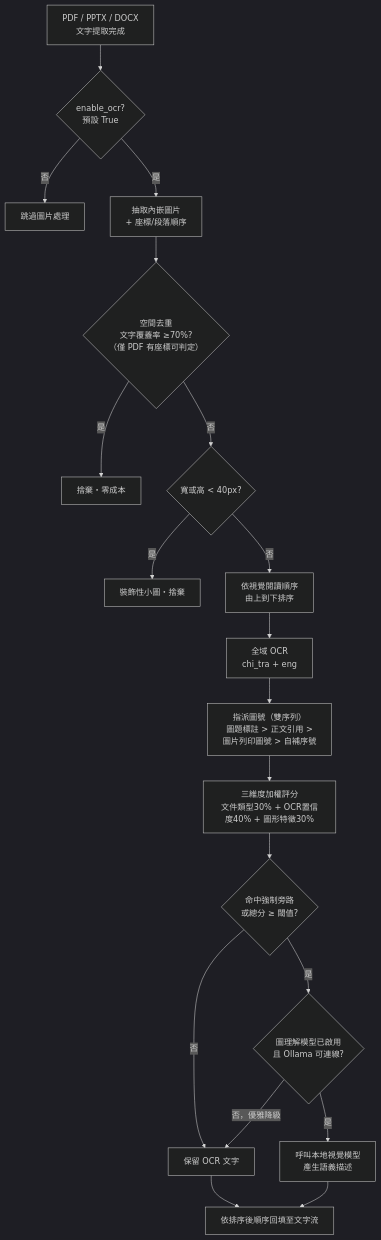
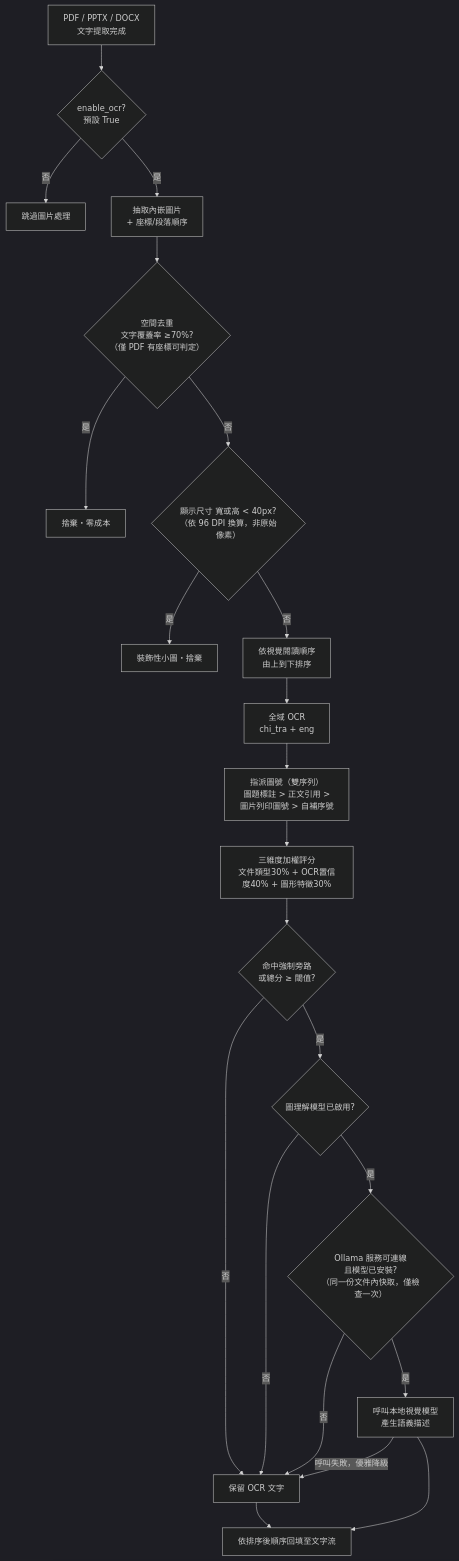
One commit to Chester930/world-knowledge-graph-rag changed the second of 2 diagrams in parser/README.md. Above: the diagram before and after it, drawn with Mermaid (dark theme). The commit also changed other lines of this file and 3 other files, not shown here.

First line of the commit message:
fix(parser): 裝飾小圖過濾改用顯示尺寸；Ollama 可用性改為每份文件快取檢查一次

````diff
--- a/parser/README.md
+++ b/parser/README.md
@@ -169,25 +169,28 @@
 ```mermaid
 flowchart TD
     START["PDF / PPTX / DOCX<br/>文字提取完成"] --> ENABLE{"enable_ocr?<br/>預設 True"}
     ENABLE -->|否| SKIP[跳過圖片處理]
     ENABLE -->|是| EXTRACT["抽取內嵌圖片<br/>+ 座標/段落順序"]
 
     EXTRACT --> DEDUP{"空間去重<br/>文字覆蓋率 ≥70%?<br/>（僅 PDF 有座標可判定）"}
     DEDUP -->|是| DROP1[捨棄・零成本]
-    DEDUP -->|否| MINDIM{寬或高 < 40px?}
+    DEDUP -->|否| MINDIM{"顯示尺寸 寬或高 < 40px?<br/>（依 96 DPI 換算，非原始像素）"}
     MINDIM -->|是| DROP2[裝飾性小圖・捨棄]
     MINDIM -->|否| SORT[依視覺閱讀順序<br/>由上到下排序]
 
     SORT --> OCR["全域 OCR<br/>chi_tra + eng"]
     OCR --> ID["指派圖號（雙序列）<br/>圖題標註 > 正文引用 ><br/>圖片列印圖號 > 自補序號"]
     ID --> SCORE["三維度加權評分<br/>文件類型30% + OCR置信度40% + 圖形特徵30%"]
     SCORE --> BYPASS{"命中強制旁路<br/>或總分 ≥ 閾值?"}
 
     BYPASS -->|否| KEEPOCR[保留 OCR 文字]
-    BYPASS -->|是| VISION{"圖理解模型已啟用<br/>且 Ollama 可連線?"}
-    VISION -->|否，優雅降級| KEEPOCR
-    VISION -->|是| CALLVLM["呼叫本地視覺模型<br/>產生語義描述"]
+    BYPASS -->|是| VISION{"圖理解模型已啟用?"}
+    VISION -->|否| KEEPOCR
+    VISION -->|是| HEALTH{"Ollama 服務可連線<br/>且模型已安裝?<br/>（同一份文件內快取，僅檢查一次）"}
+    HEALTH -->|否| KEEPOCR
+    HEALTH -->|是| CALLVLM["呼叫本地視覺模型<br/>產生語義描述"]
+    CALLVLM -->|呼叫失敗，優雅降級| KEEPOCR
 
     KEEPOCR --> MERGE[依排序後順序回填至文字流]
     CALLVLM --> MERGE
 ```
````
